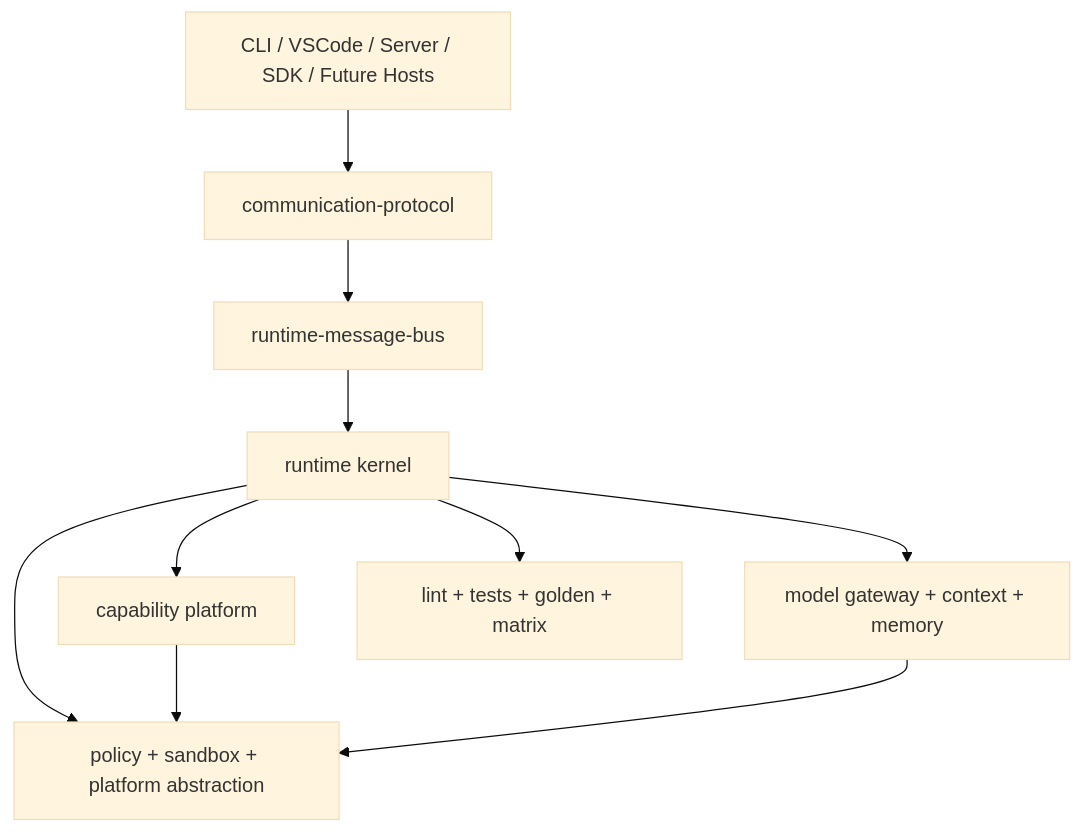
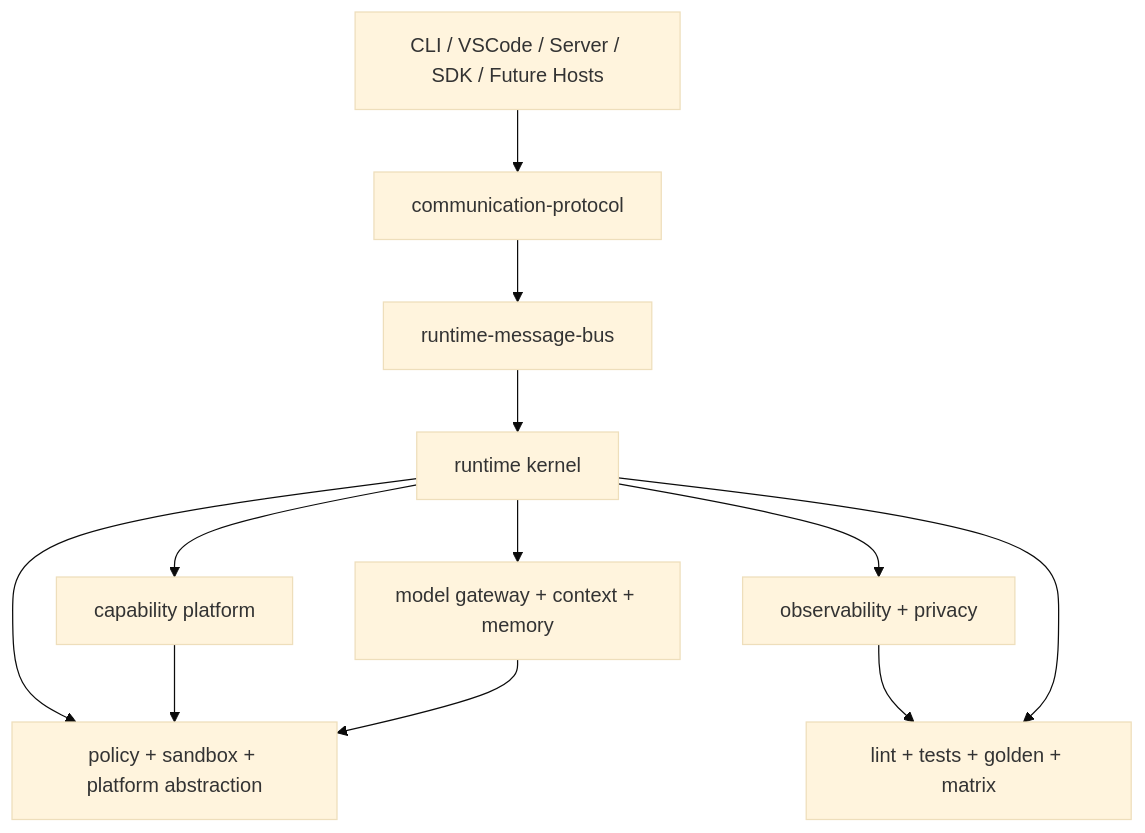
Before and after one commit to ankye/deepseek-cli: the diagram in docs/architecture/system-overview.md, drawn with Mermaid (base theme). The commit also changed other lines of this file and 22 other files, not shown here.

Commit message:
feat: add observability privacy v1

````diff
--- a/docs/architecture/system-overview.md
+++ b/docs/architecture/system-overview.md
@@ -9,21 +9,24 @@
 ```mermaid
 flowchart TB
   Host[CLI / VSCode / Server / SDK / Future Hosts]
   Protocol[communication-protocol]
   Bus[runtime-message-bus]
   Kernel[runtime kernel]
   Capability[capability platform]
   Governance[policy + sandbox + platform abstraction]
   Context[model gateway + context + memory]
+  Obs[observability + privacy]
   Quality[lint + tests + golden + matrix]
 
   Host --> Protocol
   Protocol --> Bus
   Bus --> Kernel
   Kernel --> Capability
   Kernel --> Governance
   Kernel --> Context
+  Kernel --> Obs
   Capability --> Governance
   Context --> Governance
+  Obs --> Quality
   Kernel --> Quality
 ```
````
